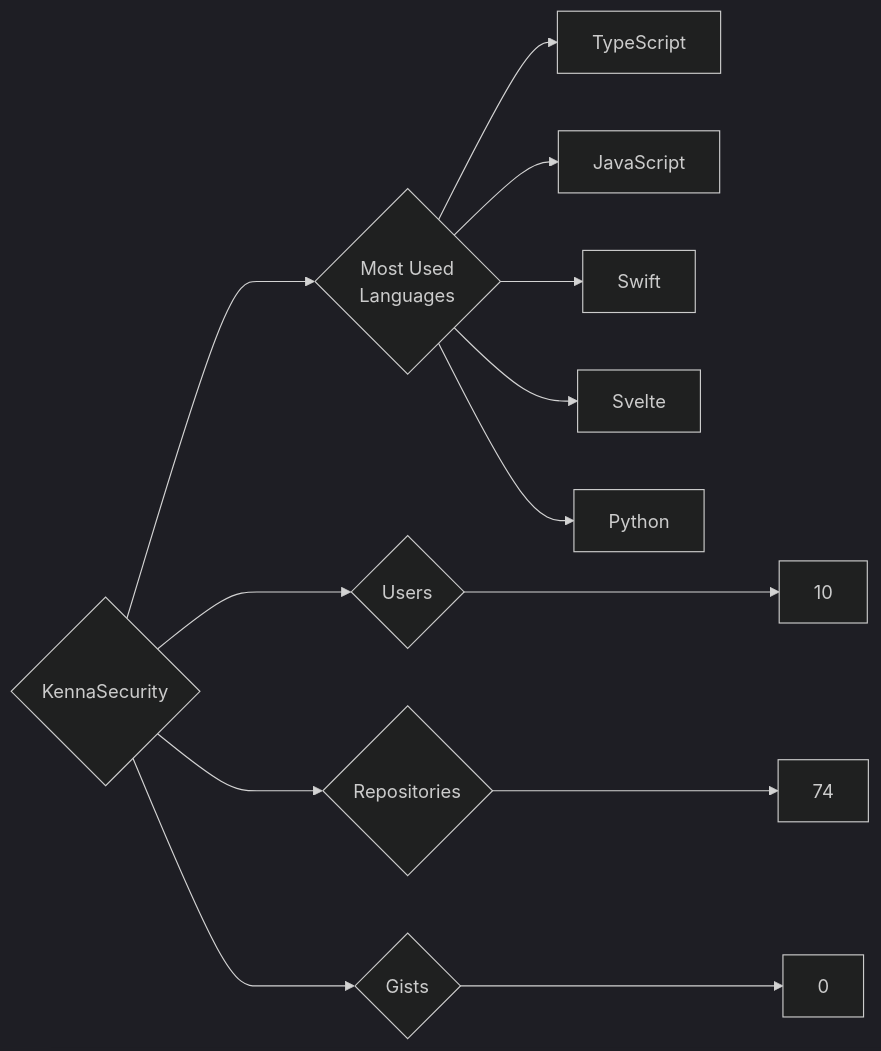
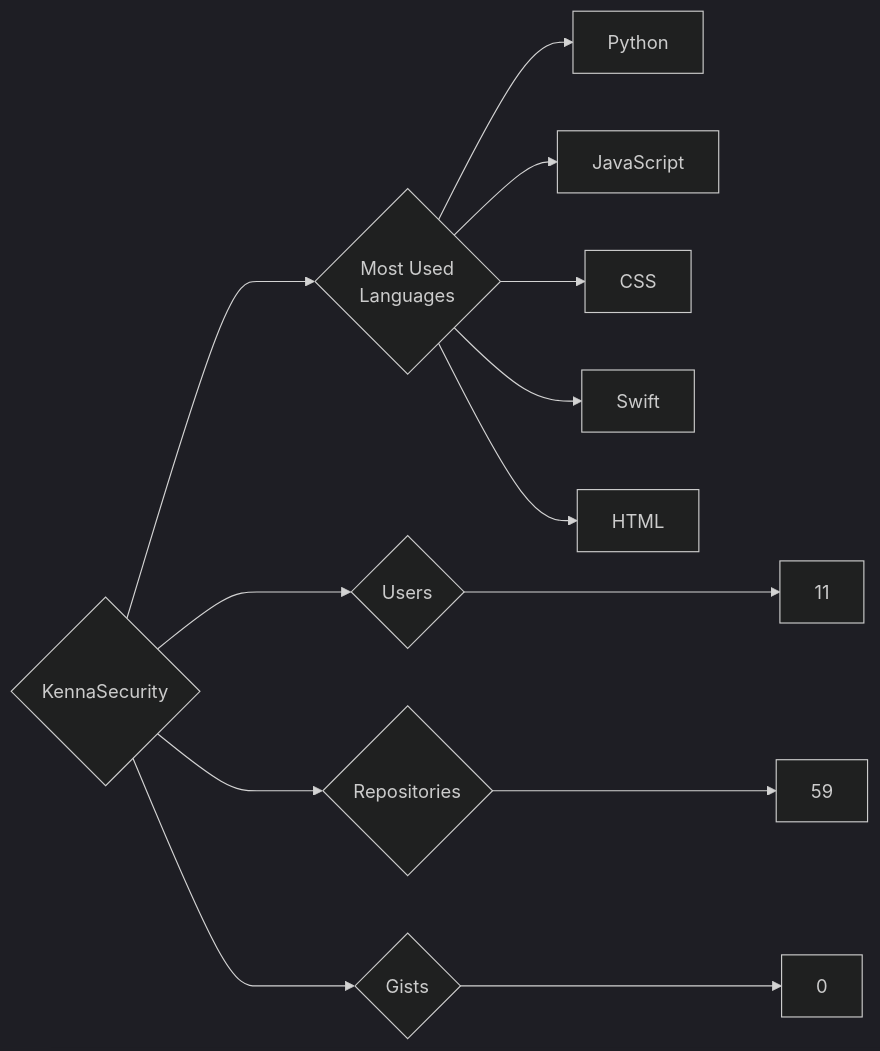
One commit to trickest/insiders changed the diagram in targets/KennaSecurity/README.md. Above: the diagram before and after it, drawn with Mermaid (dark theme). The commit also changed 1195 other files, not shown here.

````diff
--- a/targets/KennaSecurity/README.md
+++ b/targets/KennaSecurity/README.md
@@ -3,13 +3,13 @@
 ```mermaid
 graph LR
 COMPANY_NAME{KennaSecurity}
-COMPANY_NAME ---> U{Users} ---> UN[10]
-COMPANY_NAME ---> R{Repositories} ---> RN[74]
+COMPANY_NAME ---> U{Users} ---> UN[11]
+COMPANY_NAME ---> R{Repositories} ---> RN[59]
 COMPANY_NAME ---> G{Gists} ---> GN[0]
 COMPANY_NAME ---> ML{Most Used<br>Languages}
-ML --> TypeScript[TypeScript]
+ML --> Python[Python]
 ML --> JavaScript[JavaScript]
+ML --> CSS[CSS]
 ML --> Swift[Swift]
-ML --> Svelte[Svelte]
-ML --> Python[Python]
+ML --> HTML[HTML]
 ```
````
